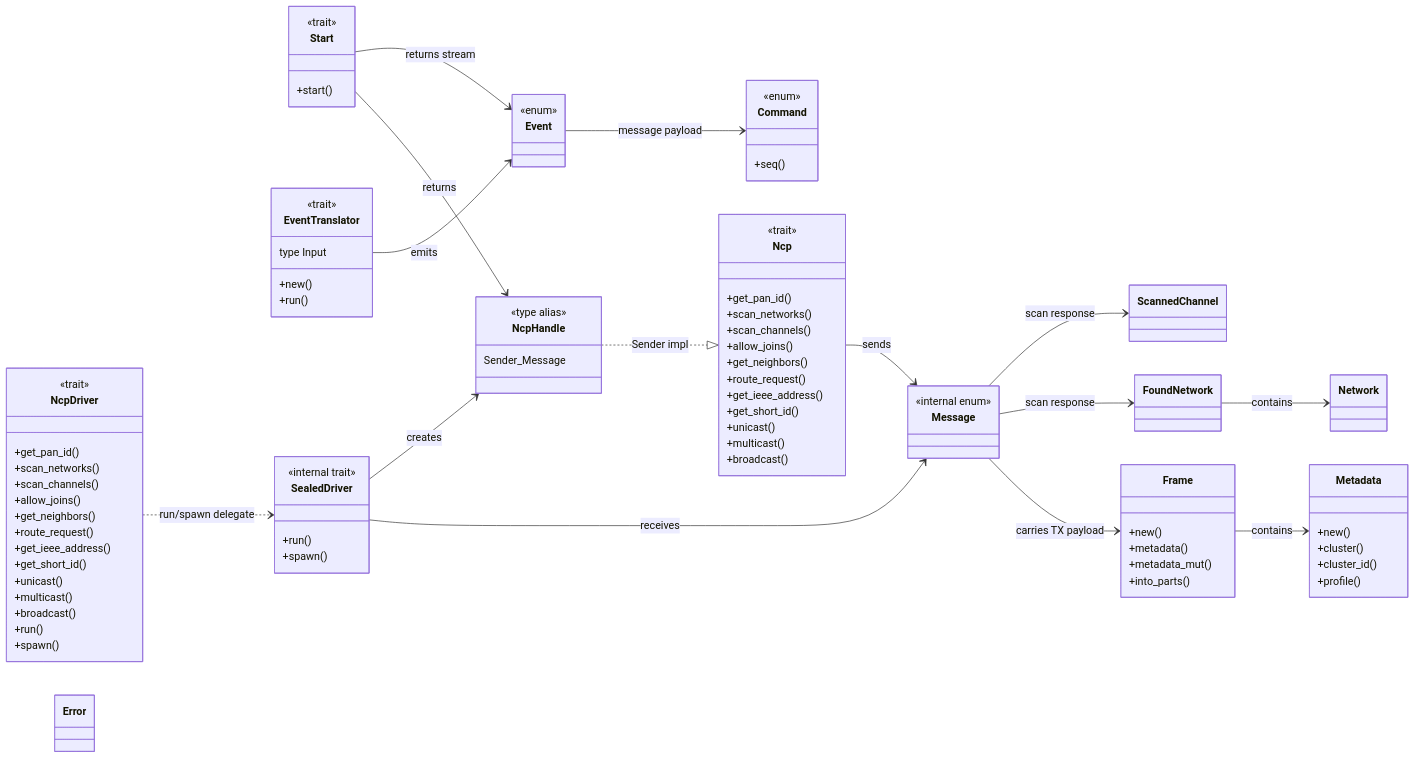
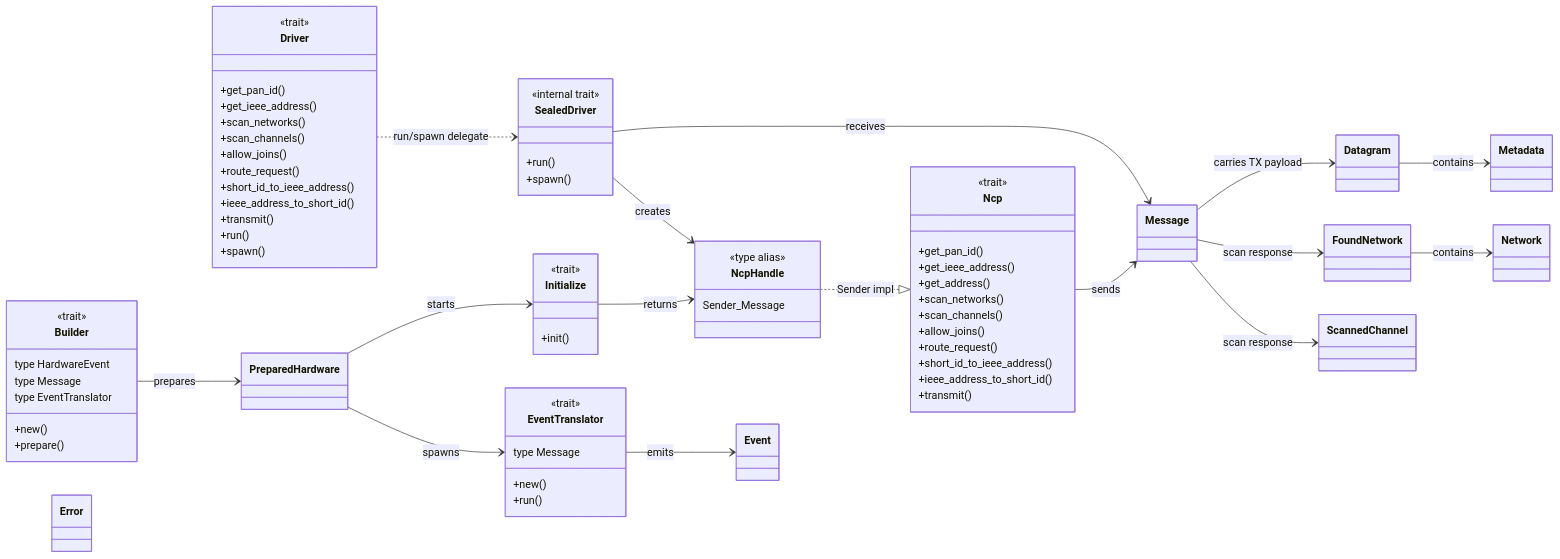
Before and after one commit to PaulmannLighting/apis-saltans: the first of 4 diagrams in apis-saltans-hw/ARCHITECTURE.md, drawn with Mermaid. The commit also changed other lines of this file and 17 other files, not shown here.

````diff
--- a/apis-saltans-hw/ARCHITECTURE.md
+++ b/apis-saltans-hw/ARCHITECTURE.md
@@ -43,31 +48,31 @@
 classDiagram
     direction LR
 
-    class Start {
+    class Builder {
         <<trait>>
-        +start()
+        type HardwareEvent
+        type Message
+        type EventTranslator
+        +new()
+        +prepare()
     }
 
-    class EventTranslator {
+    class Initialize {
         <<trait>>
-        type Input
-        +new()
-        +run()
+        +init()
     }
 
-    class NcpDriver {
+    class Driver {
         <<trait>>
         +get_pan_id()
+        +get_ieee_address()
         +scan_networks()
         +scan_channels()
         +allow_joins()
-        +get_neighbors()
         +route_request()
-        +get_ieee_address()
-        +get_short_id()
-        +unicast()
-        +multicast()
-        +broadcast()
+        +short_id_to_ieee_address()
+        +ieee_address_to_short_id()
+        +transmit()
         +run()
         +spawn()
     }
@@ -81,16 +86,15 @@
     class Ncp {
         <<trait>>
         +get_pan_id()
+        +get_ieee_address()
+        +get_address()
         +scan_networks()
         +scan_channels()
         +allow_joins()
-        +get_neighbors()
         +route_request()
-        +get_ieee_address()
-        +get_short_id()
-        +unicast()
-        +multicast()
-        +broadcast()
+        +short_id_to_ieee_address()
+        +ieee_address_to_short_id()
+        +transmit()
     }
 
     class NcpHandle {
@@ -98,50 +102,36 @@
         Sender_Message
     }
 
-    class Message {
-        <<internal enum>>
+    class EventTranslator {
+        <<trait>>
+        type Message
+        +new()
+        +run()
     }
 
-    class Event {
-        <<enum>>
-    }
-
-    class Command {
-        <<enum>>
-        +seq()
-    }
-
-    class Frame {
-        +new()
-        +metadata()
-        +metadata_mut()
-        +into_parts()
-    }
-
-    class Metadata {
-        +new()
-        +cluster()
-        +cluster_id()
-        +profile()
-    }
-
+    class PreparedHardware
+    class Message
+    class Event
+    class Datagram
+    class Metadata
     class FoundNetwork
     class Network
     class ScannedChannel
     class Error
 
-    Start --> NcpHandle : returns
-    Start --> Event : returns stream
+    Builder --> PreparedHardware : prepares
+    PreparedHardware --> Initialize : starts
+    PreparedHardware --> EventTranslator : spawns
+    Initialize --> NcpHandle : returns
     EventTranslator --> Event : emits
-    NcpDriver ..> SealedDriver : run/spawn delegate
+    Driver ..> SealedDriver : run/spawn delegate
     SealedDriver --> Message : receives
     SealedDriver --> NcpHandle : creates
     NcpHandle ..|> Ncp : Sender<Message> impl
     Ncp --> Message : sends
-    Message --> Frame : carries TX payload
+    Message --> Datagram : carries TX payload
+    Datagram --> Metadata : contains
     Message --> FoundNetwork : scan response
     Message --> ScannedChannel : scan response
     FoundNetwork --> Network : contains
-    Frame --> Metadata : contains
-    Event --> Command : message payload
 ```
````
